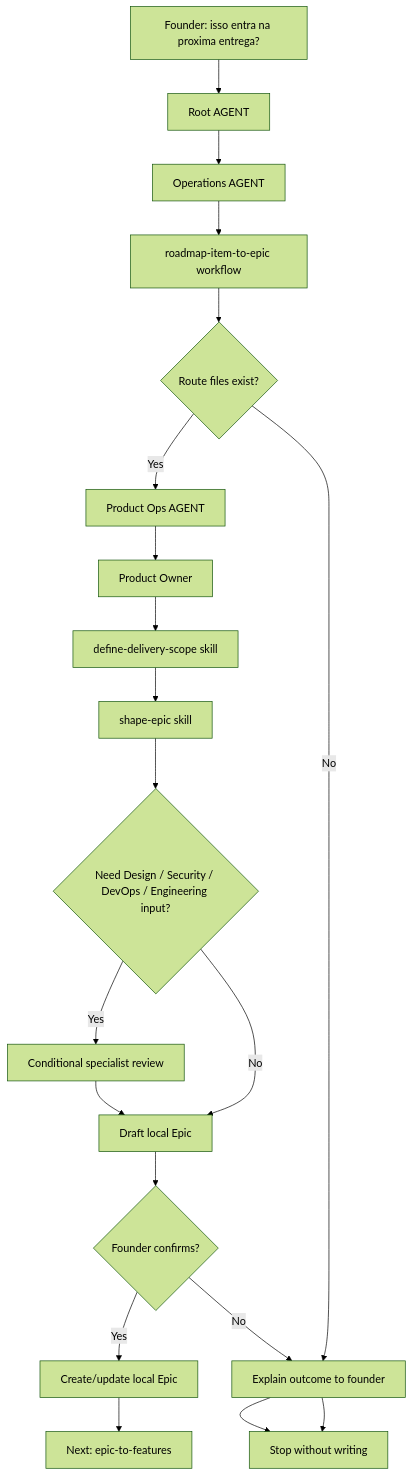
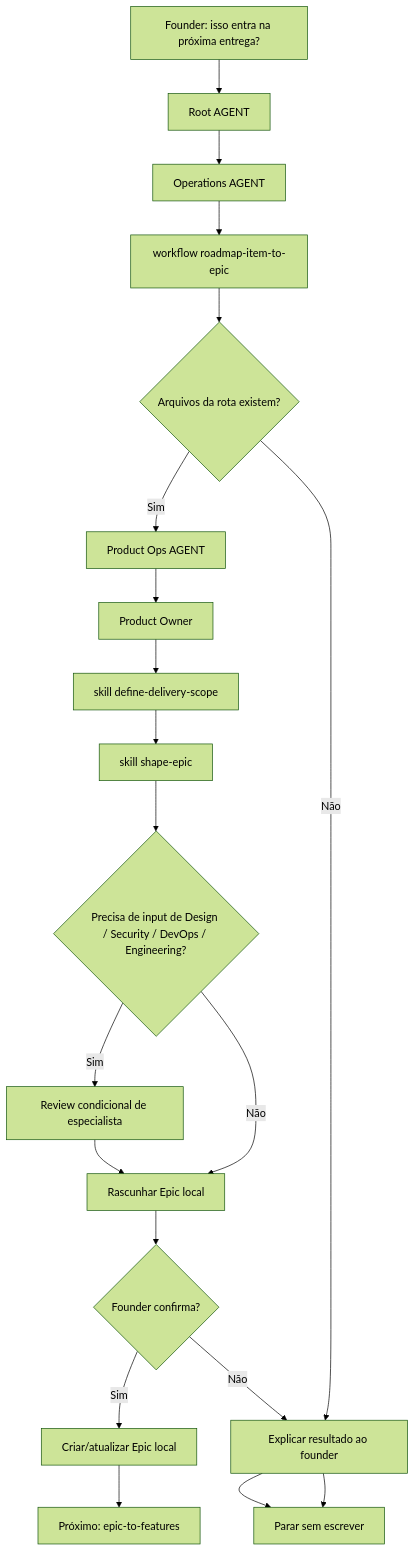
One commit to desousajhonny/leanOS changed the diagram in docs/framework/founder-journeys/roadmap-item-to-epic.md. Above: the diagram before and after it, drawn with Mermaid (forest theme). The commit also changed other lines of this file and 23 other files, not shown here.

````diff
--- a/docs/framework/founder-journeys/roadmap-item-to-epic.md
+++ b/docs/framework/founder-journeys/roadmap-item-to-epic.md
@@ -14,29 +14,29 @@
 ```mermaid
 flowchart TD
-  A["Founder: isso entra na proxima entrega?"]
+  A["Founder: isso entra na próxima entrega?"]
   B["Root AGENT"]
   C["Operations AGENT"]
-  D["roadmap-item-to-epic workflow"]
-  E{"Route files exist?"}
+  D["workflow roadmap-item-to-epic"]
+  E{"Arquivos da rota existem?"}
   F["Product Ops AGENT"]
   G["Product Owner"]
-  H["define-delivery-scope skill"]
-  I["shape-epic skill"]
-  J{"Need Design / Security / DevOps / Engineering input?"}
-  K["Conditional specialist review"]
-  L["Draft local Epic"]
-  M{"Founder confirms?"}
-  N["Create/update local Epic"]
-  O["Explain outcome to founder"]
-  P["Stop without writing"]
-  Q["Next: epic-to-features"]
+  H["skill define-delivery-scope"]
+  I["skill shape-epic"]
+  J{"Precisa de input de Design / Security / DevOps / Engineering?"}
+  K["Review condicional de especialista"]
+  L["Rascunhar Epic local"]
+  M{"Founder confirma?"}
+  N["Criar/atualizar Epic local"]
+  O["Explicar resultado ao founder"]
+  P["Parar sem escrever"]
+  Q["Próximo: epic-to-features"]
 
   A --> B --> C --> D --> E
-  E -->|Yes| F --> G --> H --> I --> J
-  E -->|No| O --> P
-  J -->|Yes| K --> L
-  J -->|No| L
+  E -->|Sim| F --> G --> H --> I --> J
+  E -->|Não| O --> P
+  J -->|Sim| K --> L
+  J -->|Não| L
   L --> M
-  M -->|Yes| N --> Q
-  M -->|No| O --> P
+  M -->|Sim| N --> Q
+  M -->|Não| O --> P
 ```
````
